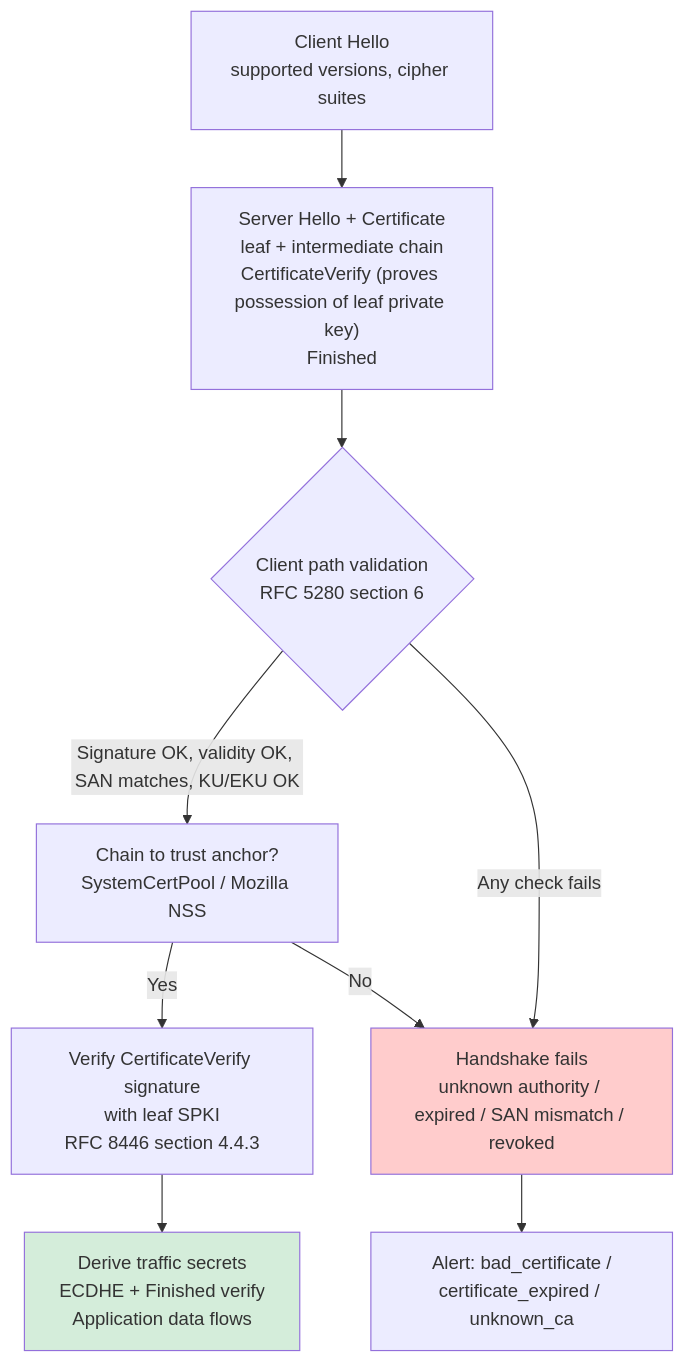
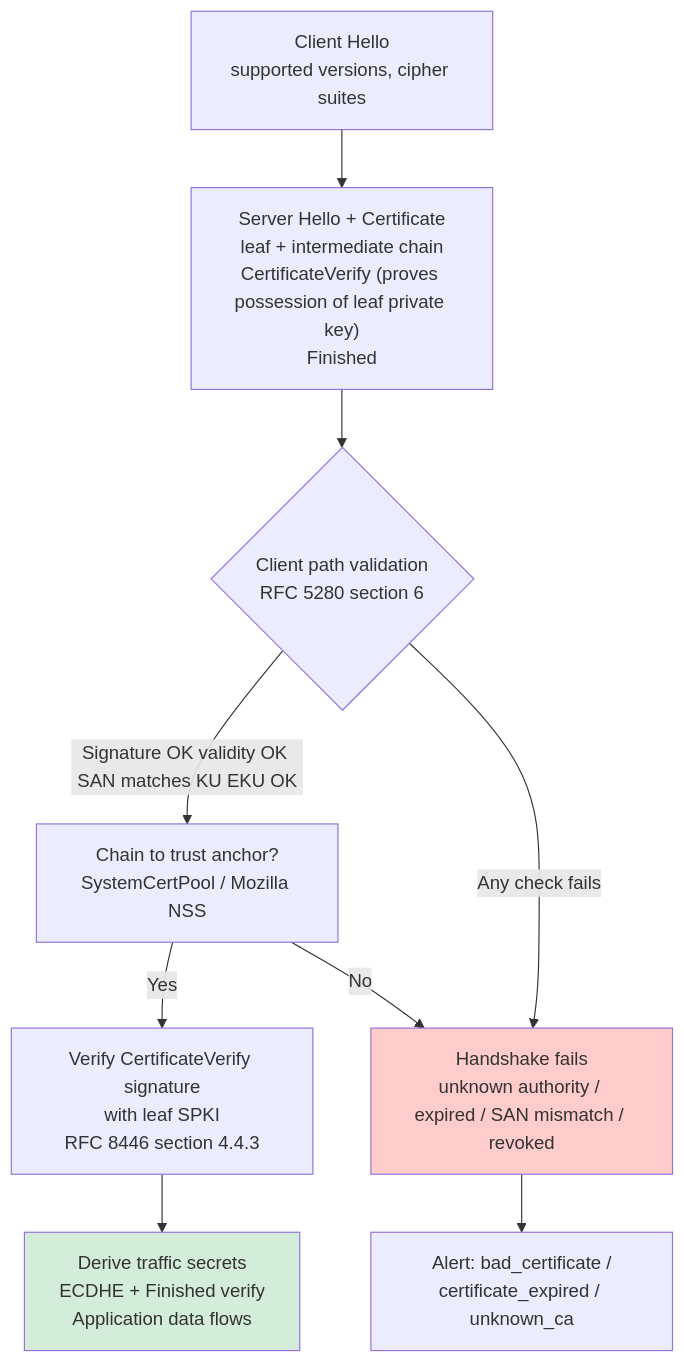
Before and after one commit to bumbsclaw/textbooks: the first of 7 diagrams in vol-09-security-auth/ch04-pki-tls-ops.md, drawn with Mermaid. The commit also changed 173 other files, not shown here.

First line of the commit message:
fix(mermaid): close note brackets, semicolons in Notes, stateDiagram br -> dash, edge parens

````diff
--- a/vol-09-security-auth/ch04-pki-tls-ops.md
+++ b/vol-09-security-auth/ch04-pki-tls-ops.md
@@ -93,14 +93,14 @@
 ```mermaid
 flowchart TD
     A["Client Hello<br/>supported versions, cipher suites"] --> B["Server Hello + Certificate<br/>leaf + intermediate chain<br/>CertificateVerify (proves possession of leaf private key)<br/>Finished"]
     B --> C{"Client path validation<br/>RFC 5280 section 6"}
-    C -->|Signature OK, validity OK, SAN matches, KU/EKU OK| D["Chain to trust anchor?<br/>SystemCertPool / Mozilla NSS"]
+    C -->|Signature OK validity OK SAN matches KU EKU OK| D["Chain to trust anchor?<br/>SystemCertPool / Mozilla NSS"]
     C -->|Any check fails| E["Handshake fails<br/>unknown authority / expired / SAN mismatch / revoked"]
     D -->|Yes| F["Verify CertificateVerify signature<br/>with leaf SPKI<br/>RFC 8446 section 4.4.3"]
     D -->|No| E
     F --> G["Derive traffic secrets<br/>ECDHE + Finished verify<br/>Application data flows"]
     E --> H["Alert: bad_certificate /<br/>certificate_expired / unknown_ca"]
 
     style E fill:#ffcccc
     style G fill:#d4edda
 ```
````
